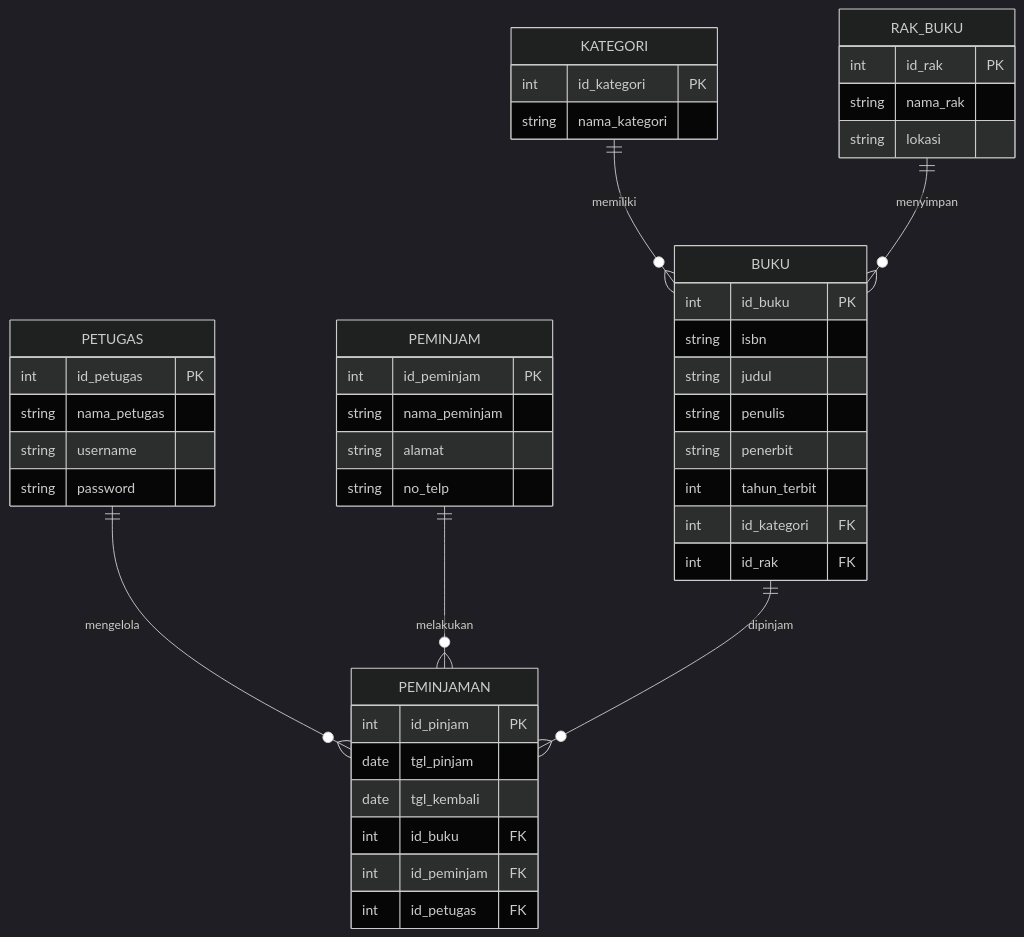
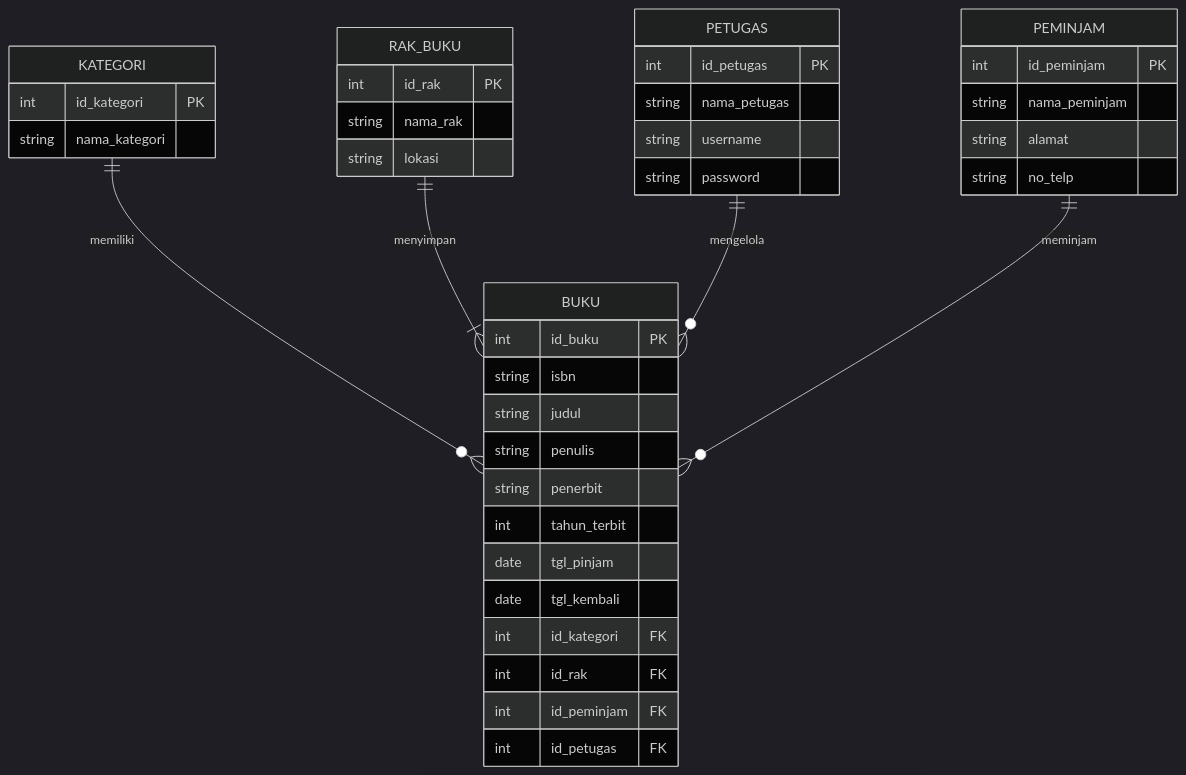
Before and after one commit to Vincentius31/koda-b6-db1: the diagram in README.md, drawn with Mermaid (dark theme).

Commit message:
fix: fixing the realtionship between petugas, peminjam, and buku

````diff
--- a/README.md
+++ b/README.md
@@ -4,54 +4,49 @@
 ```mermaid
 erDiagram
     KATEGORI ||--o{ BUKU : "memiliki"
-    RAK_BUKU ||--o{ BUKU : "menyimpan"
-    PETUGAS ||--o{ PEMINJAMAN : "mengelola"
-    PEMINJAM ||--o{ PEMINJAMAN : "melakukan"
-    BUKU ||--o{ PEMINJAMAN : "dipinjam"
+    RAK_BUKU ||--|{ BUKU : "menyimpan"
+    PETUGAS ||--o{ BUKU : "mengelola"
+    PEMINJAM ||--o{ BUKU : "meminjam"
 
     KATEGORI {
         int id_kategori PK
         string nama_kategori
     }
 
     RAK_BUKU {
         int id_rak PK
         string nama_rak
         string lokasi
     }
 
     BUKU {
         int id_buku PK
         string isbn
         string judul
         string penulis
         string penerbit
         int tahun_terbit
+        date tgl_pinjam
+        date tgl_kembali
         int id_kategori FK
         int id_rak FK
+        int id_peminjam FK
+        int id_petugas FK
     }
 
     PETUGAS {
         int id_petugas PK
         string nama_petugas
         string username
         string password
     }
 
     PEMINJAM {
         int id_peminjam PK
         string nama_peminjam
         string alamat
         string no_telp
     }
 
-    PEMINJAMAN {
-        int id_pinjam PK
-        date tgl_pinjam
-        date tgl_kembali
-        int id_buku FK
-        int id_peminjam FK
-        int id_petugas FK
-    }
 
 ```
````
